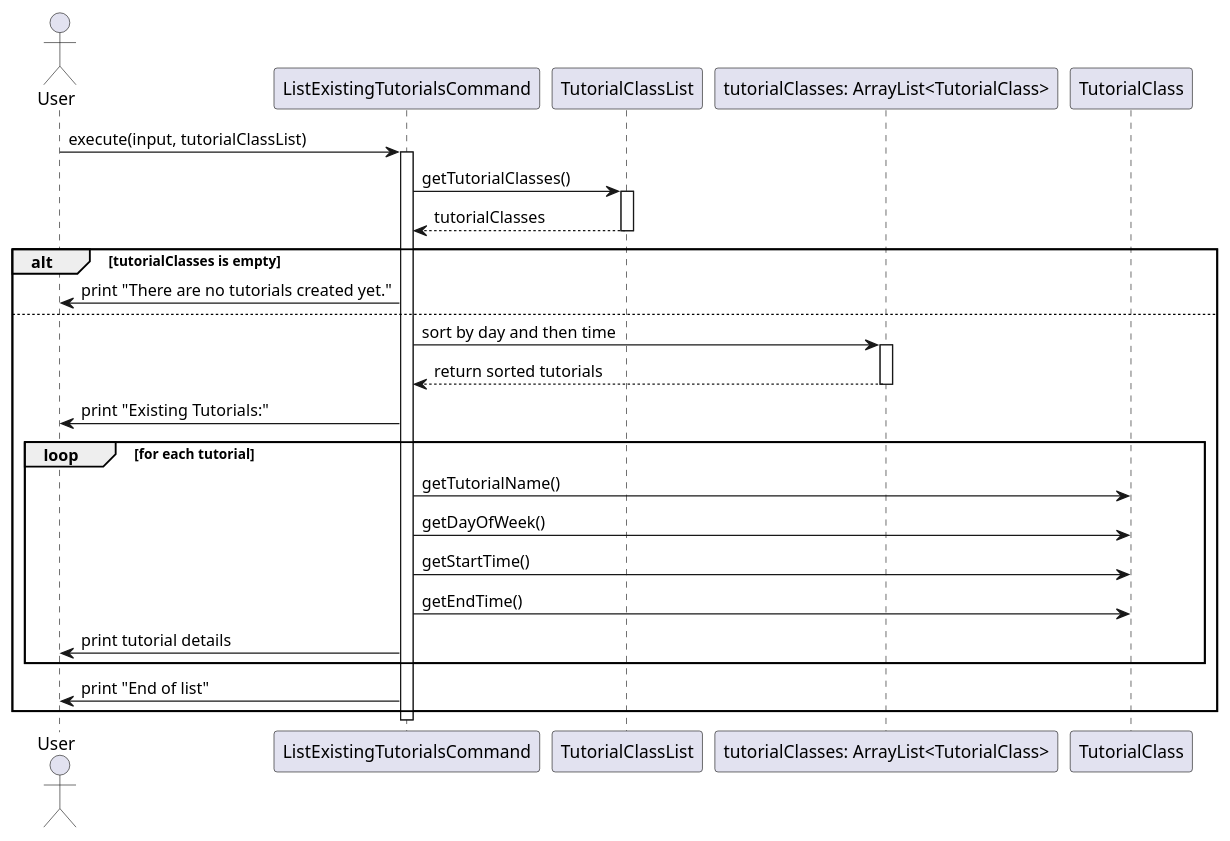
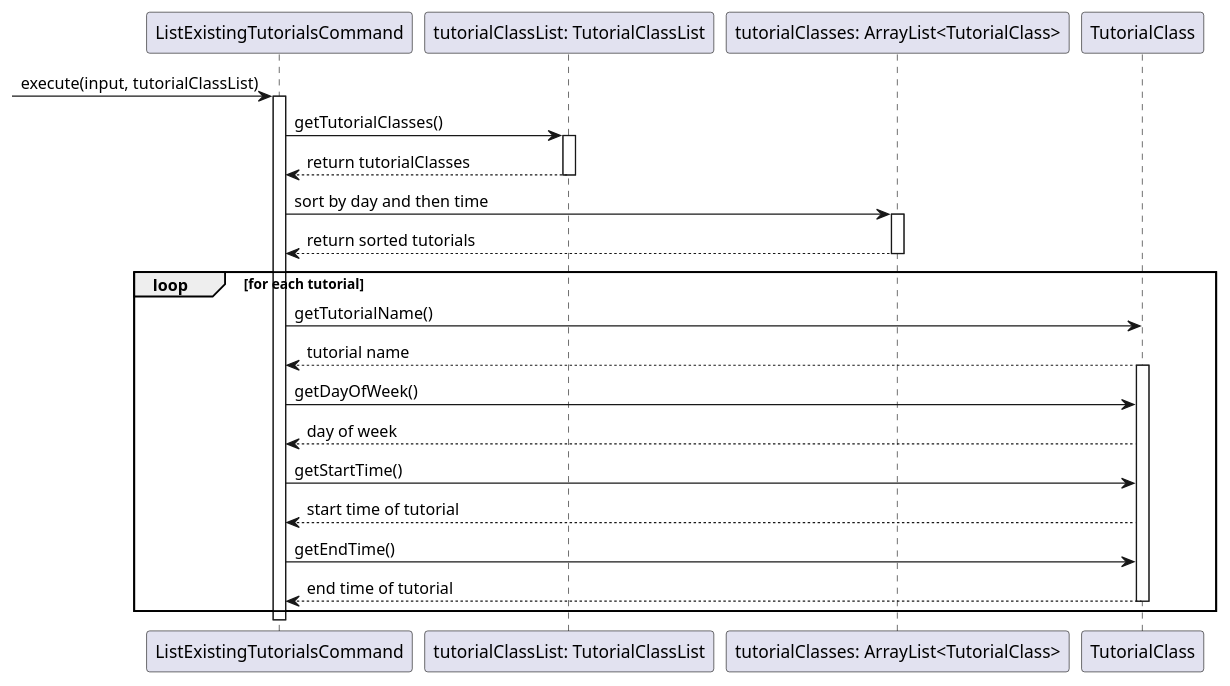
The diagram in docs/diagrams/tutorialcommands/ListExistingTutorialsCommandSequenceDiagram.puml (wongyihao02/tp), drawn with PlantUML before and after one commit. The commit also changed 14 other files, not shown here.

First line of the commit message:
Fix Sequence and Class Diagrams

```diff
--- a/docs/diagrams/tutorialcommands/ListExistingTutorialsCommandSequenceDiagram.puml
+++ b/docs/diagrams/tutorialcommands/ListExistingTutorialsCommandSequenceDiagram.puml
@@ -1,41 +1,39 @@
 @startuml
 
-actor User
 
 participant "ListExistingTutorialsCommand" as LETC
-participant "TutorialClassList" as TCL
+participant "tutorialClassList: TutorialClassList" as TCL
 participant "tutorialClasses: ArrayList<TutorialClass>" as List
 participant "TutorialClass" as TC
 
-User -> LETC: execute(input, tutorialClassList)
+-> LETC: execute(input, tutorialClassList)
 activate LETC
 
 LETC -> TCL: getTutorialClasses()
 activate TCL
-TCL --> LETC: tutorialClasses
+TCL --> LETC: return tutorialClasses
 deactivate TCL
 
-alt tutorialClasses is empty
-    LETC -> User: print "There are no tutorials created yet."
-else
+
     LETC -> List: sort by day and then time
     activate List
     List --> LETC: return sorted tutorials
     deactivate List
 
-    LETC -> User: print "Existing Tutorials:"
-
     loop for each tutorial
         LETC -> TC: getTutorialName()
+        TC --> LETC: tutorial name
+        activate TC
         LETC -> TC: getDayOfWeek()
+        TC --> LETC: day of week
         LETC -> TC: getStartTime()
+        TC --> LETC: start time of tutorial
         LETC -> TC: getEndTime()
-        LETC -> User: print tutorial details
+        TC --> LETC: end time of tutorial
+        deactivate TC
     end
 
-    LETC -> User: print "End of list"
-end
 
 deactivate LETC
 
 @enduml
```
